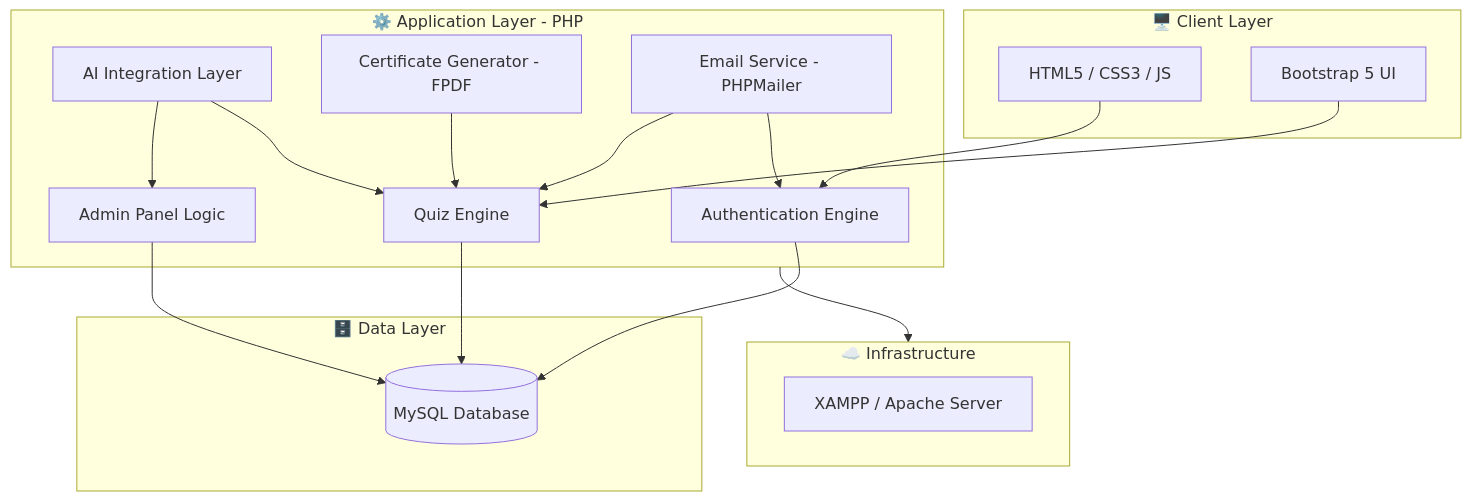
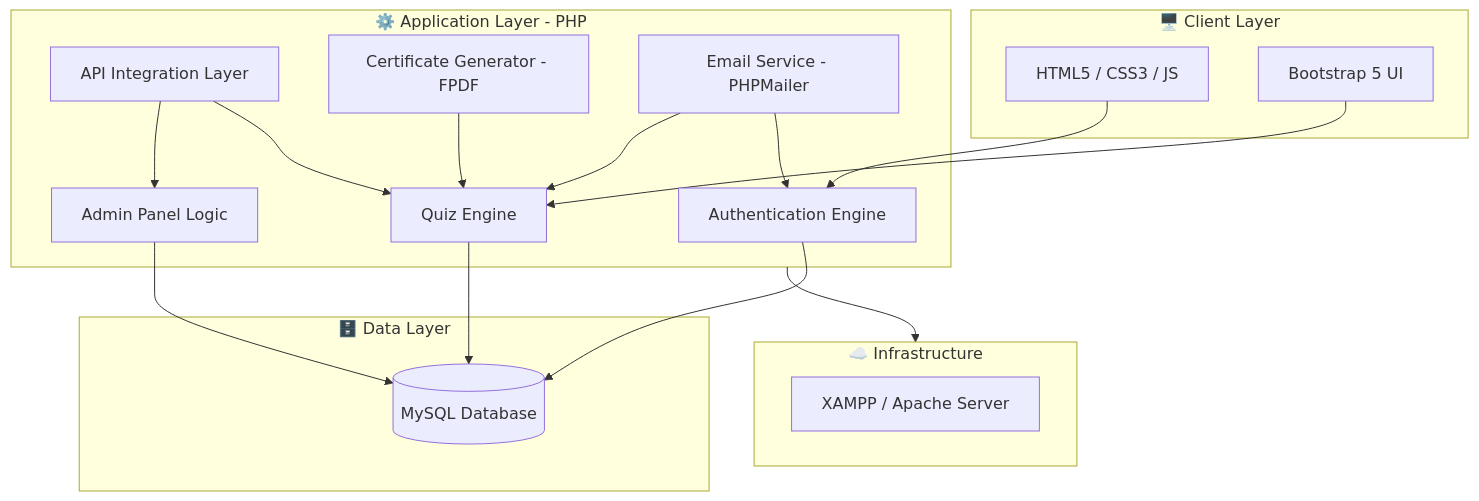
Before and after one commit to heyitsyash1209/QUIZIFY---Online-Quiz-System: the fourth of 8 diagrams in README.md, drawn with Mermaid. The commit also changed other lines of this file, not shown here.

````diff
--- a/README.md
+++ b/README.md
@@ -335,36 +335,36 @@
 ```mermaid
 graph TB
     subgraph Client["🖥️ Client Layer"]
         A1[HTML5 / CSS3 / JS]
         A2[Bootstrap 5 UI]
     end
 
     subgraph Server["⚙️ Application Layer - PHP"]
         B1[Authentication Engine]
         B2[Quiz Engine]
         B3[Admin Panel Logic]
-        B4[AI Integration Layer]
+        B4[API Integration Layer]
         B5[Certificate Generator - FPDF]
         B6[Email Service - PHPMailer]
     end
 
     subgraph Data["🗄️ Data Layer"]
         C1[(MySQL Database)]
     end
 
     subgraph Infra["☁️ Infrastructure"]
         D1[XAMPP / Apache Server]
     end
 
     A1 --> B1
     A2 --> B2
     B1 --> C1
     B2 --> C1
     B3 --> C1
     B4 --> B2
     B4 --> B3
     B5 --> B2
     B6 --> B1
     B6 --> B2
     Server --> Infra
 ```
````
